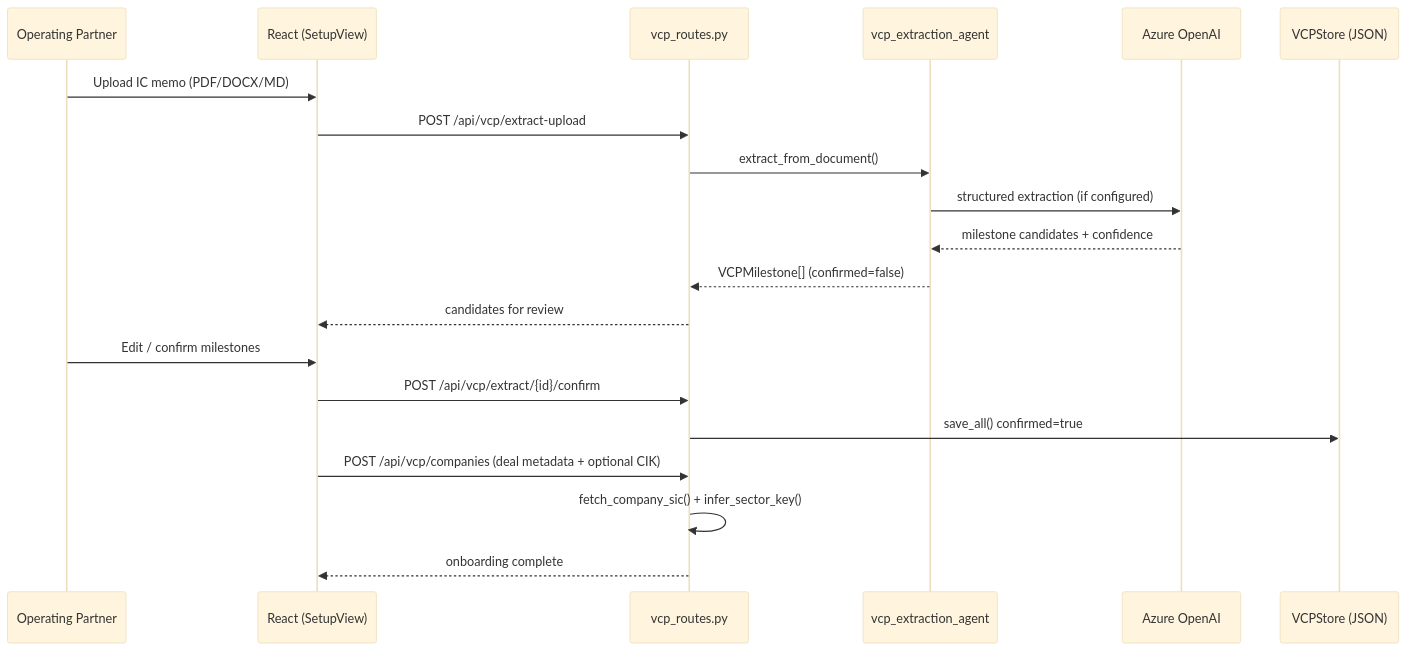
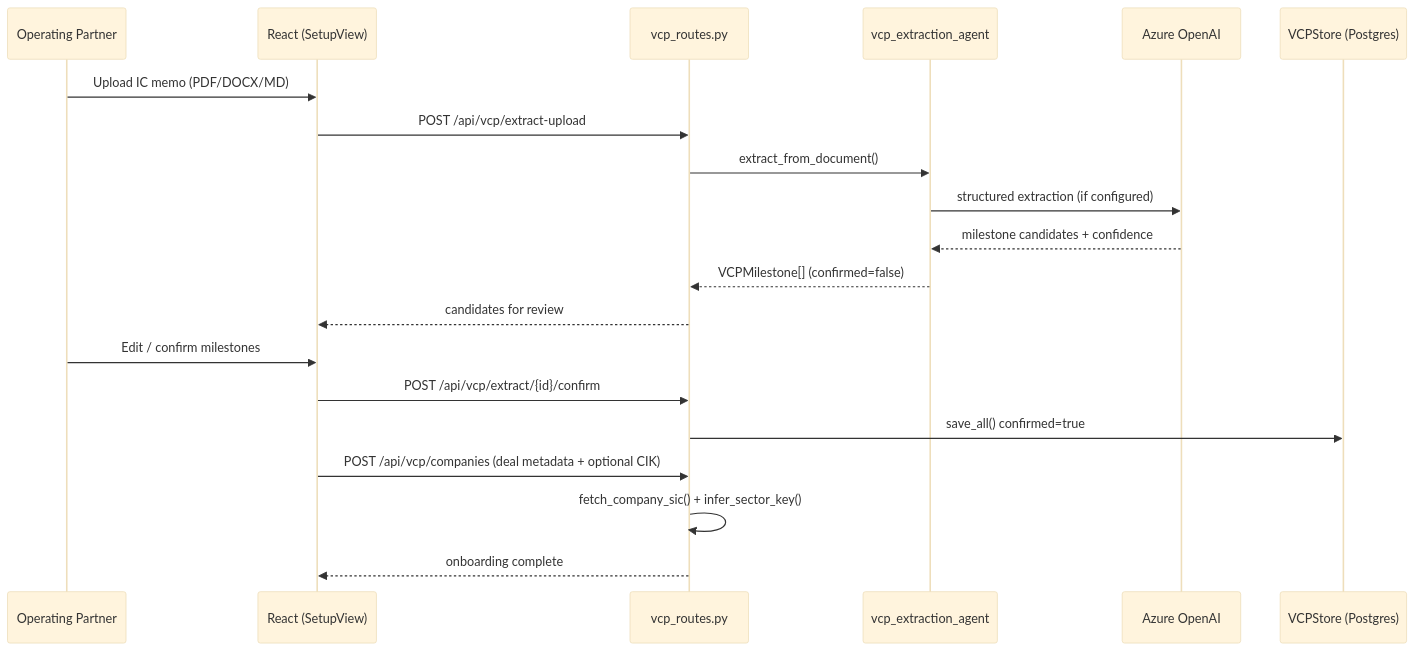
The second of 6 diagrams in Architecture.md (Hoarderr69/pe-vc-copilottt), drawn with Mermaid (base theme) before and after one commit. The commit also changed other lines of this file and 24 other files, not shown here.

````diff
--- a/Architecture.md
+++ b/Architecture.md
@@ -233,23 +248,23 @@
 ```mermaid
 sequenceDiagram
     participant U as Operating Partner
     participant FE as React (SetupView)
     participant API as vcp_routes.py
     participant AG as vcp_extraction_agent
     participant AOAI as Azure OpenAI
-    participant VS as VCPStore (JSON)
+    participant VS as VCPStore (Postgres)
 
     U->>FE: Upload IC memo (PDF/DOCX/MD)
     FE->>API: POST /api/vcp/extract-upload
     API->>AG: extract_from_document()
     AG->>AOAI: structured extraction (if configured)
     AOAI-->>AG: milestone candidates + confidence
     AG-->>API: VCPMilestone[] (confirmed=false)
     API-->>FE: candidates for review
     U->>FE: Edit / confirm milestones
     FE->>API: POST /api/vcp/extract/{id}/confirm
     API->>VS: save_all() confirmed=true
     FE->>API: POST /api/vcp/companies (deal metadata + optional CIK)
     API->>API: fetch_company_sic() + infer_sector_key()
     API-->>FE: onboarding complete
 ```
````
